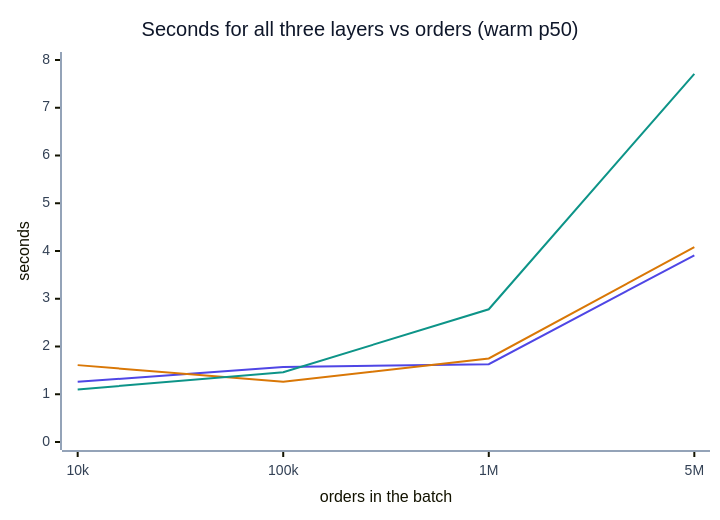
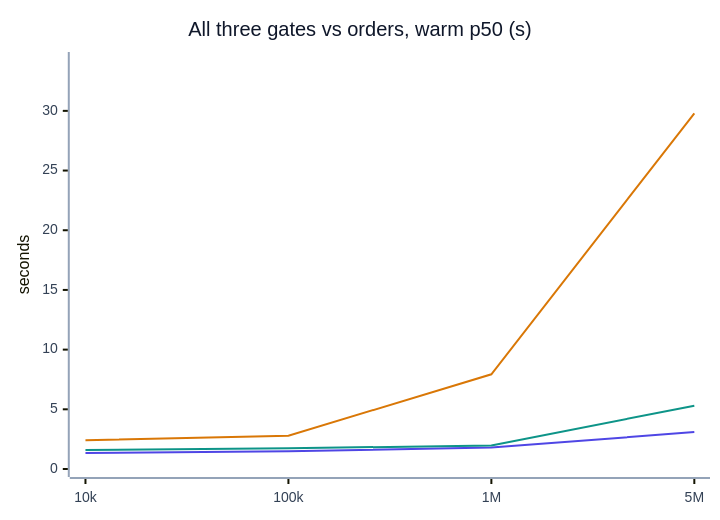
Before and after one commit to santoshshinde2012/lakehouse-quality-gates: the first of 10 diagrams in docs/benchmarks/results.md, drawn with Mermaid. The commit also changed other lines of this file and 35 other files, not shown here.

Commit message:
Own end-to-end benchmarks with Mermaid charts (v0.5.0)

````diff
--- a/docs/benchmarks/results.md
+++ b/docs/benchmarks/results.md
@@ -49,14 +24,10 @@
 ```mermaid
 %%{init: {'theme':'base','themeVariables':{'fontFamily':'Inter, system-ui, -apple-system, Segoe UI, Helvetica, Arial, sans-serif','fontSize':'14px','primaryColor':'#ffffff','primaryTextColor':'#0f172a','primaryBorderColor':'#94a3b8','secondaryColor':'#f8fafc','tertiaryColor':'#f8fafc','lineColor':'#64748b','textColor':'#0f172a','clusterBkg':'#f8fafc','clusterBorder':'#cbd5e1','titleColor':'#334155','edgeLabelBackground':'#ffffff','noteBkgColor':'#f8fafc','noteTextColor':'#0f172a','noteBorderColor':'#cbd5e1','actorBkg':'#ffffff','actorBorder':'#94a3b8','actorTextColor':'#0f172a','actorLineColor':'#94a3b8','signalColor':'#475569','signalTextColor':'#0f172a','labelBoxBkgColor':'#f8fafc','labelBoxBorderColor':'#94a3b8','labelTextColor':'#0f172a','loopTextColor':'#0f172a','activationBkgColor':'#eef2ff','activationBorderColor':'#4f46e5','sequenceNumberColor':'#ffffff','classText':'#0f172a','xyChart':{'backgroundColor':'#ffffff','plotColorPalette':'#4f46e5, #d97706, #0d9488','titleColor':'#0f172a','xAxisLabelColor':'#334155','yAxisLabelColor':'#334155','xAxisLineColor':'#94a3b8','yAxisLineColor':'#94a3b8'}}}}%%
-%% Title: Benchmark: scaling with batch size
-%% Purpose: Gate time vs build time for 10k to 5M orders (measured)
-%% Last updated: 2026-10-13
-%% Theme: docs/diagrams/THEME.md (shared init line above). Edit here, then run: make diagrams
 xychart-beta
-  title "Seconds for all three layers vs orders (warm p50)"
-  x-axis "orders in the batch" ["10k", "100k", "1M", "5M"]
-  y-axis "seconds" 0 --> 8
-  line [1.26, 1.57, 1.63, 3.91]
-  line [1.61, 1.26, 1.75, 4.08]
-  line [1.10, 1.46, 2.78, 7.71]
+  title "All three gates vs orders, warm p50 (s)"
+  x-axis ["10k", "100k", "1M", "5M"]
+  y-axis "seconds" 0 --> 34.26
+  line [1.346, 1.478, 1.799, 3.092]
+  line [2.400, 2.789, 7.931, 29.787]
+  line [1.597, 1.730, 1.978, 5.304]
 ```
````
